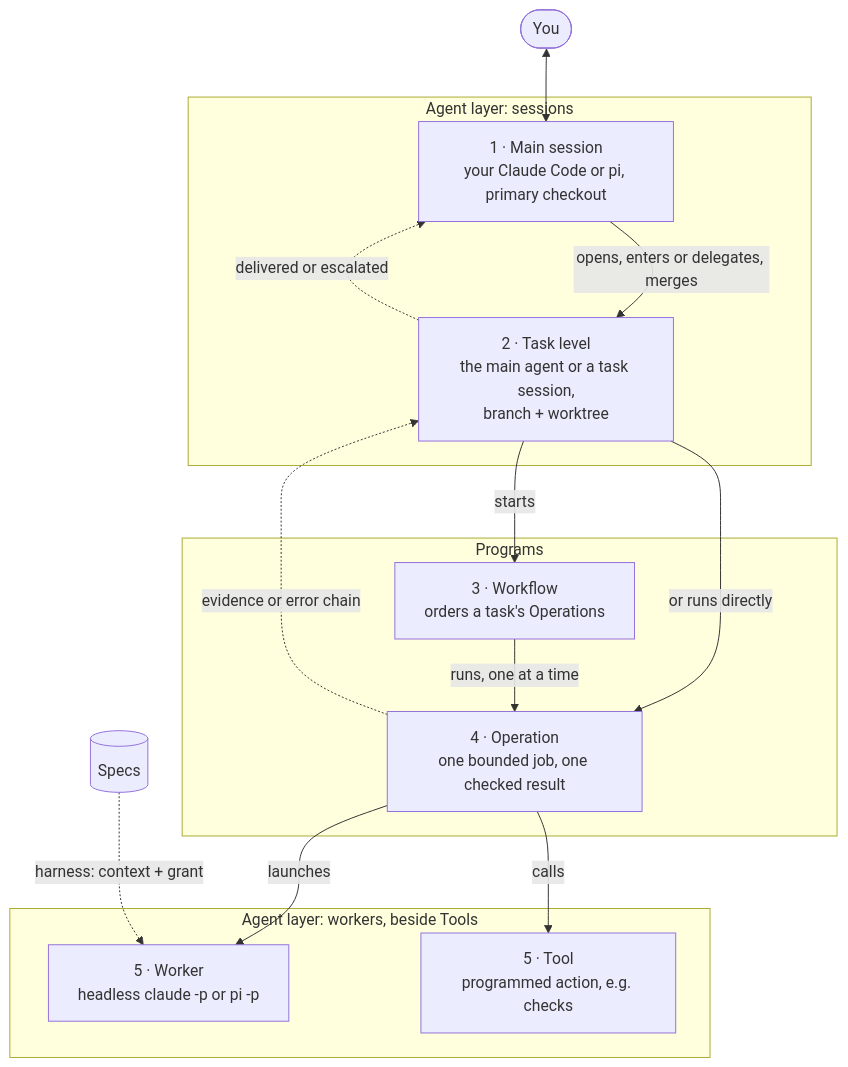
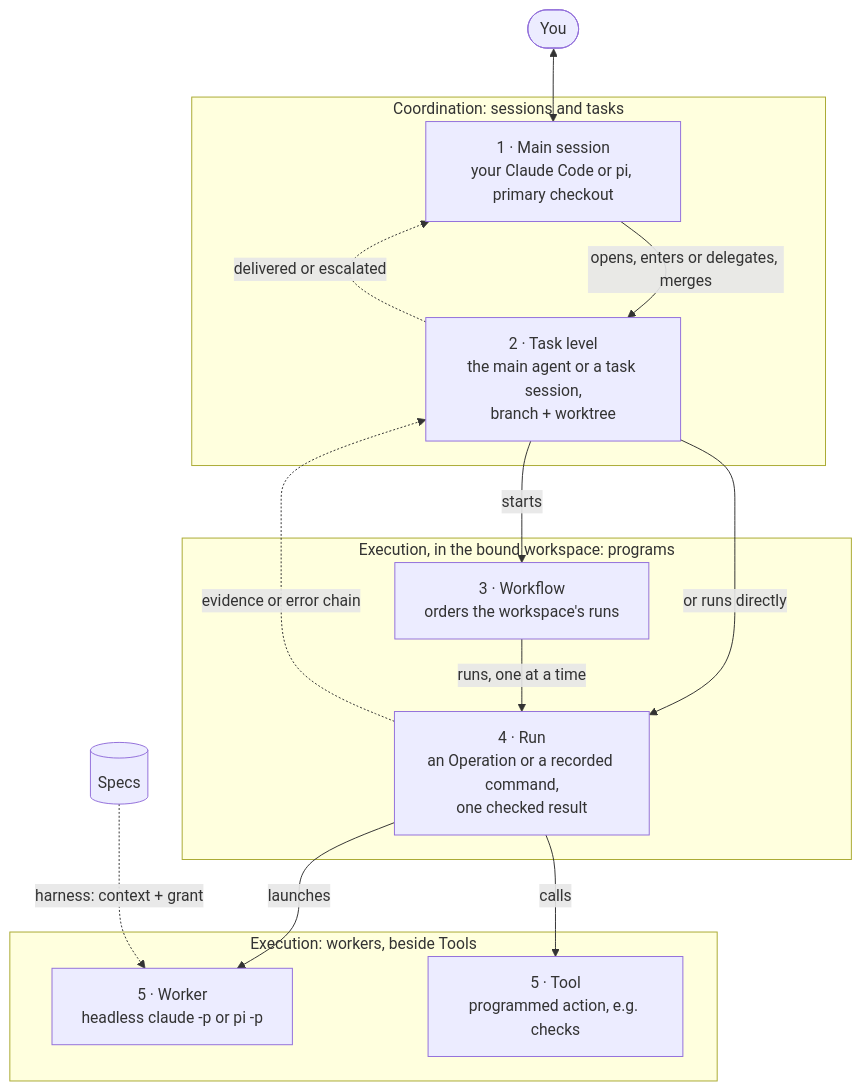
The diagram in README.md (FTOD/concorde), drawn with Mermaid before and after one commit. The commit also changed other lines of this file and 339 other files, not shown here.

First line of the commit message:
Decouple the task level from the execution core through a workspace binding

````diff
--- a/README.md
+++ b/README.md
@@ -39,27 +41,27 @@
 ```mermaid
 flowchart TB
   you(["You"])
-  subgraph top["Agent layer: sessions"]
+  subgraph top["Coordination: sessions and tasks"]
     main["1 · Main session<br/>your Claude Code or pi, primary checkout"]
     task["2 · Task level<br/>the main agent or a task session,<br/>branch + worktree"]
   end
-  subgraph mid["Programs"]
-    wf["3 · Workflow<br/>orders a task's Operations"]
-    op["4 · Operation<br/>one bounded job, one checked result"]
+  subgraph mid["Execution, in the bound workspace: programs"]
+    wf["3 · Workflow<br/>orders the workspace's runs"]
+    op["4 · Run<br/>an Operation or a recorded command,<br/>one checked result"]
   end
-  subgraph bottom["Agent layer: workers, beside Tools"]
+  subgraph bottom["Execution: workers, beside Tools"]
     w["5 · Worker<br/>headless claude -p or pi -p"]
     tool["5 · Tool<br/>programmed action, e.g. checks"]
   end
   specs[("Specs")]
   you <--> main
   main -->|opens, enters or delegates, merges| task
   task -->|starts| wf
   task -->|or runs directly| op
   wf -->|runs, one at a time| op
   op -->|launches| w
   op -->|calls| tool
   specs -.->|harness: context + grant| w
   op -.->|evidence or error chain| task
   task -.->|delivered or escalated| main
 ```
````
